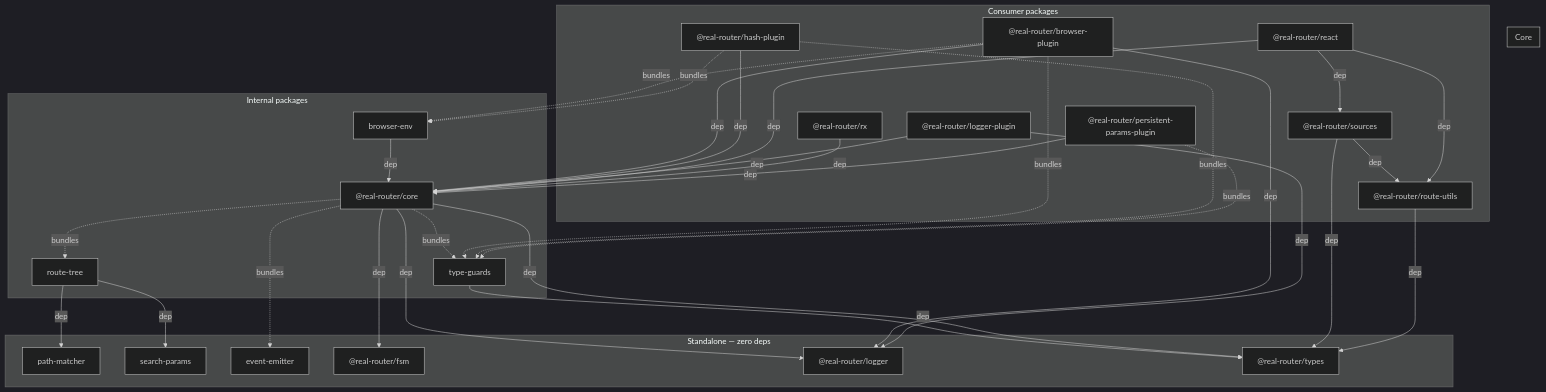
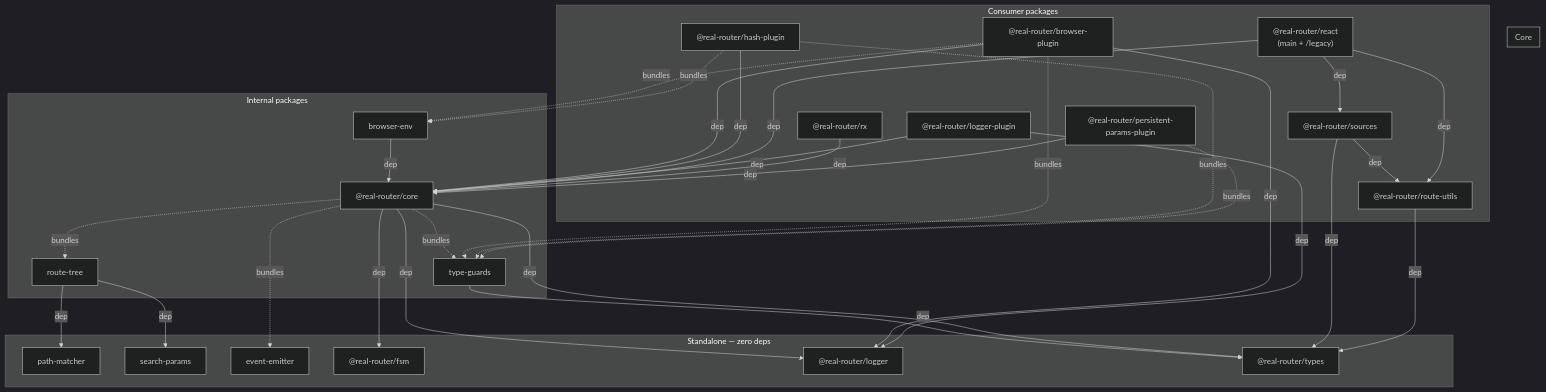
One commit to greydragon888/real-router changed the first of 2 diagrams in ARCHITECTURE.md. Above: the diagram before and after it, drawn with Mermaid (dark theme). The commit also changed other lines of this file and 9 other files, not shown here.

Commit message:
feat(react): add `./legacy` subpath export for React 18+ compatibility (#257) (#263)

````diff
--- a/ARCHITECTURE.md
+++ b/ARCHITECTURE.md
@@ -32,66 +32,67 @@
 ```mermaid
 graph TD
     subgraph standalone [Standalone — zero deps]
         PM[path-matcher]
         SP[search-params]
         EE[event-emitter]
         FSM["@real-router/fsm"]
         LOG["@real-router/logger"]
         TYPES["@real-router/types"]
     end
 
     subgraph internal [Internal packages]
         TG[type-guards] -->|dep| TYPES
         RT[route-tree] -->|dep| PM
         RT -->|dep| SP
         BE[browser-env] -->|dep| CORE
     end
 
     subgraph core [Core]
         CORE["@real-router/core"]
     end
 
     CORE -->|dep| TYPES
     CORE -->|dep| LOG
     CORE -->|dep| FSM
     CORE -.->|bundles| RT
     CORE -.->|bundles| TG
     CORE -.->|bundles| EE
 
     subgraph consumers [Consumer packages]
         BP["@real-router/browser-plugin"]
         HP["@real-router/hash-plugin"]
         SOURCES["@real-router/sources"]
         REACT["@real-router/react"]
         RX["@real-router/rx"]
         LP["@real-router/logger-plugin"]
         PPP["@real-router/persistent-params-plugin"]
         ROUTEUTILS["@real-router/route-utils"]
     end
 
     BP -->|dep| CORE
     BP -->|dep| LOG
     BP -.->|bundles| TG
     BP -.->|bundles| BE
 
     HP -->|dep| CORE
     HP -.->|bundles| TG
     HP -.->|bundles| BE
 
     LP -->|dep| CORE
     LP -->|dep| LOG
 
     SOURCES -->|dep| ROUTEUTILS
     SOURCES -->|dep| TYPES
 
+    REACT["@real-router/react<br/>(main + /legacy)"]
     REACT -->|dep| CORE
     REACT -->|dep| SOURCES
     REACT -->|dep| ROUTEUTILS
 
     RX -->|dep| CORE
 
     PPP -->|dep| CORE
     PPP -.->|bundles| TG
 
     ROUTEUTILS -->|dep| TYPES
 ```
````
